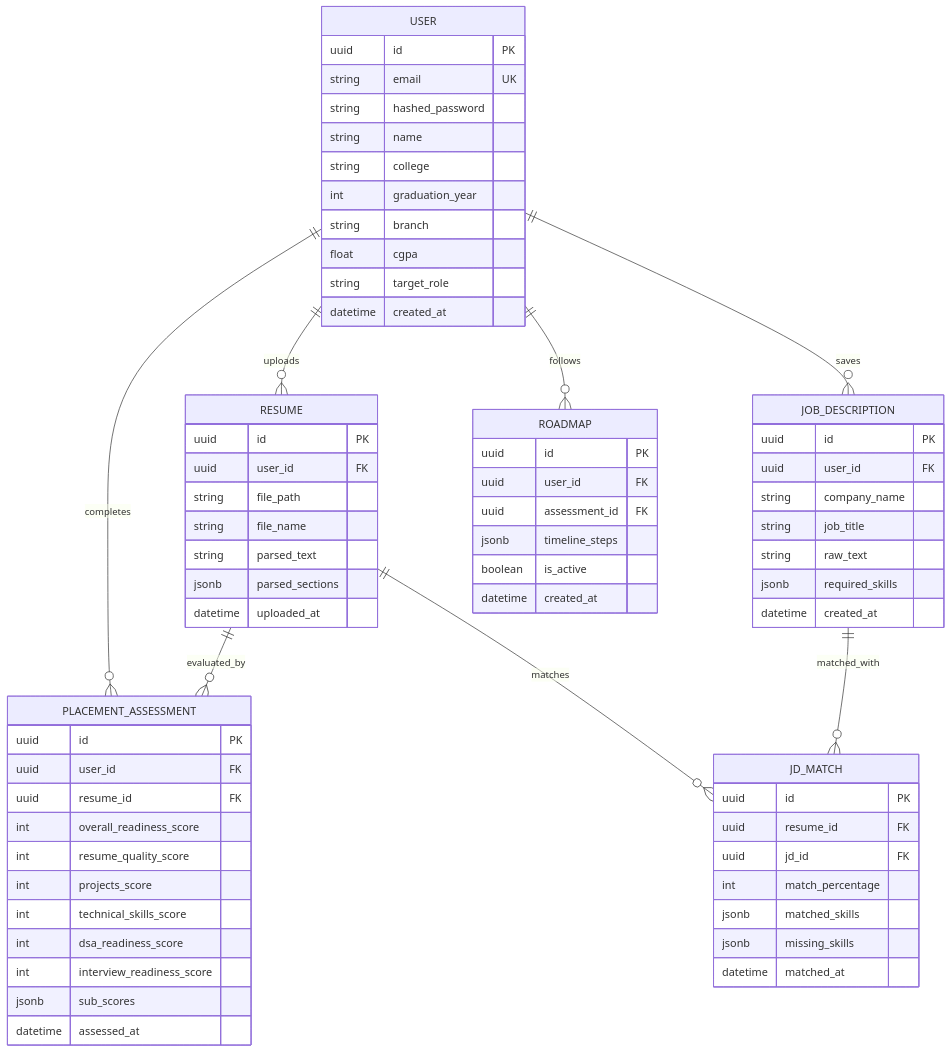
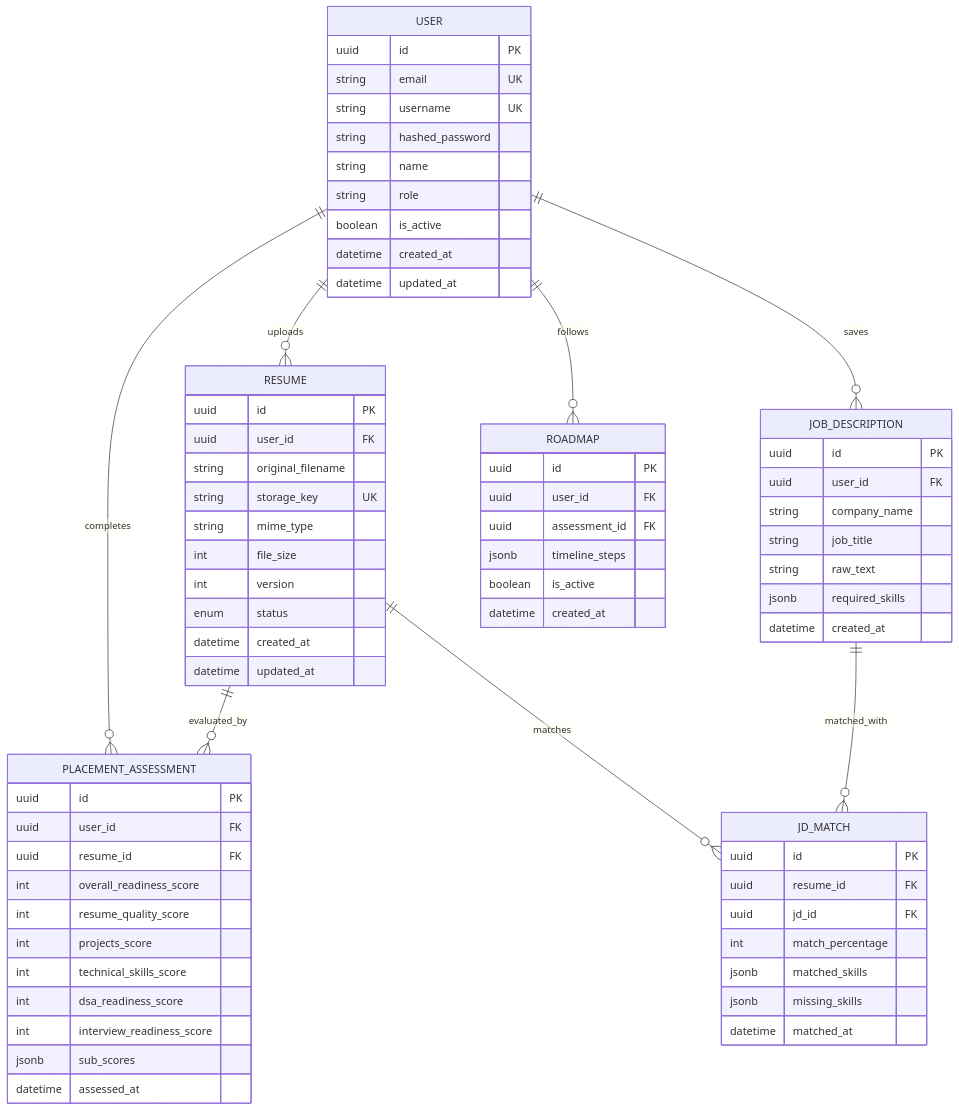
The diagram in docs/database-design.md (jadhavaayush611/Next-Round), drawn with Mermaid before and after one commit. The commit also changed other lines of this file and 9 other files, not shown here.

````diff
--- a/docs/database-design.md
+++ b/docs/database-design.md
@@ -9,76 +9,78 @@
 ```mermaid
 erDiagram
     USER {
         uuid id PK
         string email UK
+        string username UK
         string hashed_password
         string name
-        string college
-        int graduation_year
-        string branch
-        float cgpa
-        string target_role
+        string role
+        boolean is_active
         datetime created_at
+        datetime updated_at
     }
 
     RESUME {
         uuid id PK
         uuid user_id FK
-        string file_path
-        string file_name
-        string parsed_text
-        jsonb parsed_sections
-        datetime uploaded_at
+        string original_filename
+        string storage_key UK
+        string mime_type
+        int file_size
+        int version
+        enum status
+        datetime created_at
+        datetime updated_at
     }
 
     PLACEMENT_ASSESSMENT {
         uuid id PK
         uuid user_id FK
         uuid resume_id FK
         int overall_readiness_score
         int resume_quality_score
         int projects_score
         int technical_skills_score
         int dsa_readiness_score
         int interview_readiness_score
         jsonb sub_scores
         datetime assessed_at
     }
 
     JOB_DESCRIPTION {
         uuid id PK
         uuid user_id FK
         string company_name
         string job_title
         string raw_text
         jsonb required_skills
         datetime created_at
     }
 
     JD_MATCH {
         uuid id PK
         uuid resume_id FK
         uuid jd_id FK
         int match_percentage
         jsonb matched_skills
         jsonb missing_skills
         datetime matched_at
     }
 
     ROADMAP {
         uuid id PK
         uuid user_id FK
         uuid assessment_id FK
         jsonb timeline_steps
         boolean is_active
         datetime created_at
     }
 
     USER ||--o{ RESUME : uploads
     USER ||--o{ PLACEMENT_ASSESSMENT : completes
     USER ||--o{ JOB_DESCRIPTION : saves
     USER ||--o{ ROADMAP : follows
     RESUME ||--o{ PLACEMENT_ASSESSMENT : evaluated_by
     RESUME ||--o{ JD_MATCH : matches
     JOB_DESCRIPTION ||--o{ JD_MATCH : matched_with
 ```
````
